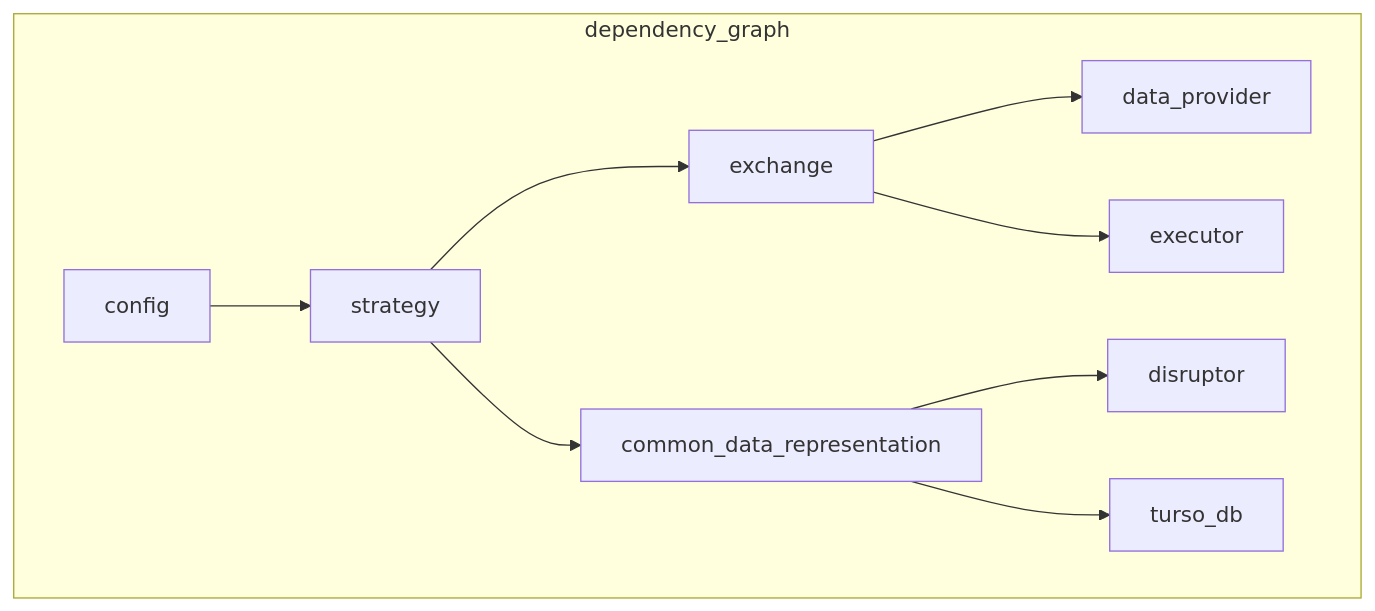
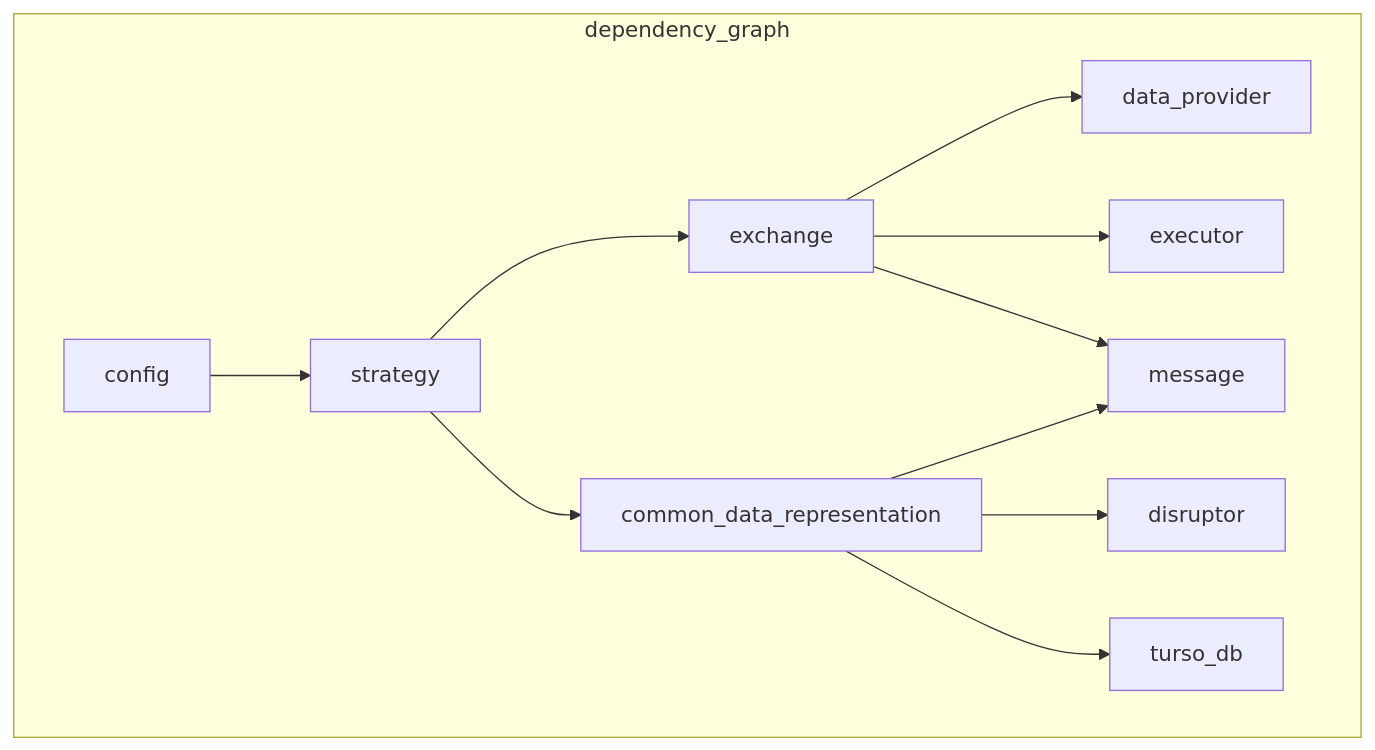
Before and after one commit to sbOogway/smm: the second of 2 diagrams in README.md, drawn with Mermaid. The commit also changed other lines of this file and 6 other files, not shown here.

````diff
--- a/README.md
+++ b/README.md
@@ -52,15 +52,17 @@
 ```mermaid
 flowchart TD
     subgraph dependency_graph
         config --> strategy
 
         strategy --> exchange
         strategy --> common_data_representation
 
         exchange --> data_provider
         exchange --> executor
+        exchange --> message
 
         common_data_representation --> disruptor
         common_data_representation --> turso_db
+        common_data_representation --> message
     end
 ```
````
